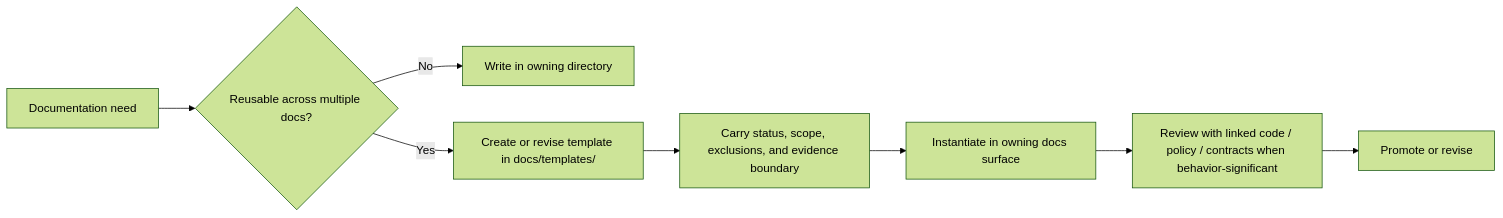
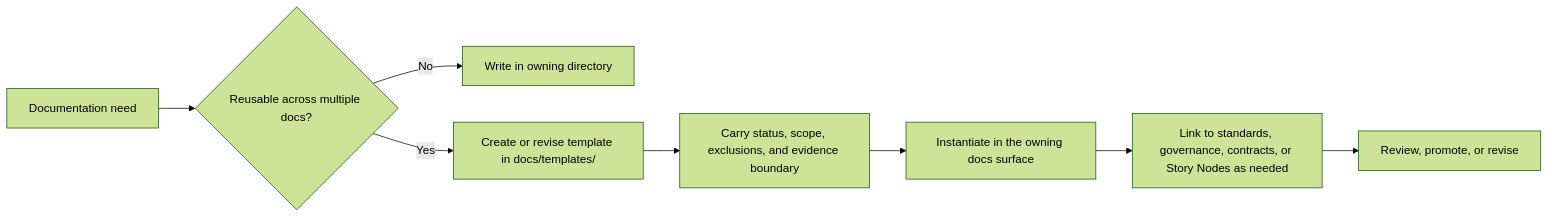
Before and after one commit to bartytime4life/Kansas-Frontier-Matrix: the diagram in docs/templates/README.md, drawn with Mermaid (forest theme). The commit also changed other lines of this file, not shown here.

````diff
--- a/docs/templates/README.md
+++ b/docs/templates/README.md
@@ -179,10 +197,10 @@
 ```mermaid
 flowchart LR
     A[Documentation need] --> B{Reusable across multiple docs?}
     B -- No --> C[Write in owning directory]
     B -- Yes --> D[Create or revise template in docs/templates/]
     D --> E[Carry status, scope, exclusions, and evidence boundary]
-    E --> F[Instantiate in owning docs surface]
-    F --> G[Review with linked code / policy / contracts when behavior-significant]
-    G --> H[Promote or revise]
+    E --> F[Instantiate in the owning docs surface]
+    F --> G[Link to standards, governance, contracts, or Story Nodes as needed]
+    G --> H[Review, promote, or revise]
 ```
````
